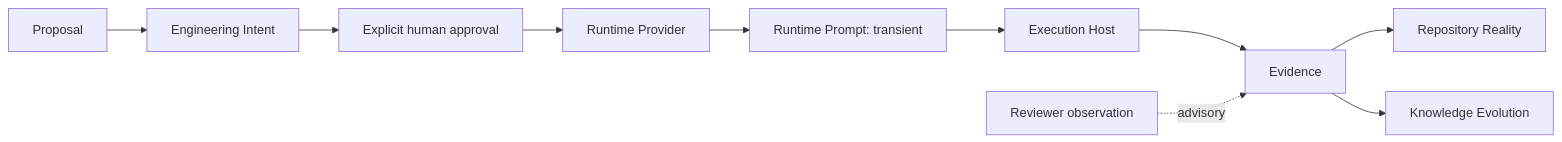
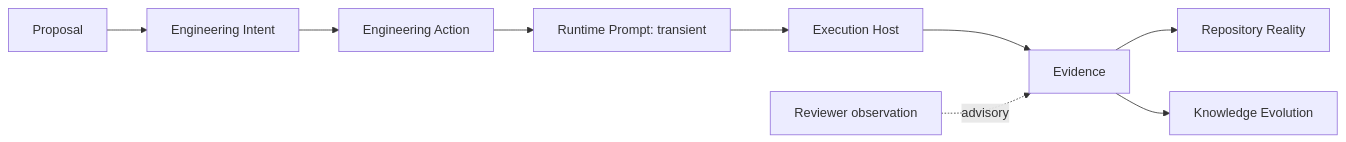
One commit to pcvantol/forge changed the fifth of 10 diagrams in docs/architecture/FORGE_FOUNDING_ARCHITECTURE_HANDBOOK.md. Above: the diagram before and after it, drawn with Mermaid. The commit also changed other lines of this file and 15 other files, not shown here.

Commit message:
docs: introduce engineering action architecture

````diff
--- a/docs/architecture/FORGE_FOUNDING_ARCHITECTURE_HANDBOOK.md
+++ b/docs/architecture/FORGE_FOUNDING_ARCHITECTURE_HANDBOOK.md
@@ -308,12 +311,11 @@
 ```mermaid
 flowchart LR
     P[Proposal] --> I[Engineering Intent]
-    I --> A[Explicit human approval]
-    A --> RP[Runtime Provider]
-    RP --> PR[Runtime Prompt: transient]
+    I --> A[Engineering Action]
+    A --> PR[Runtime Prompt: transient]
     PR --> EH[Execution Host]
     EH --> E[Evidence]
     E --> RR[Repository Reality]
     E --> K[Knowledge Evolution]
     O[Reviewer observation] -. advisory .-> E
 ```
````
